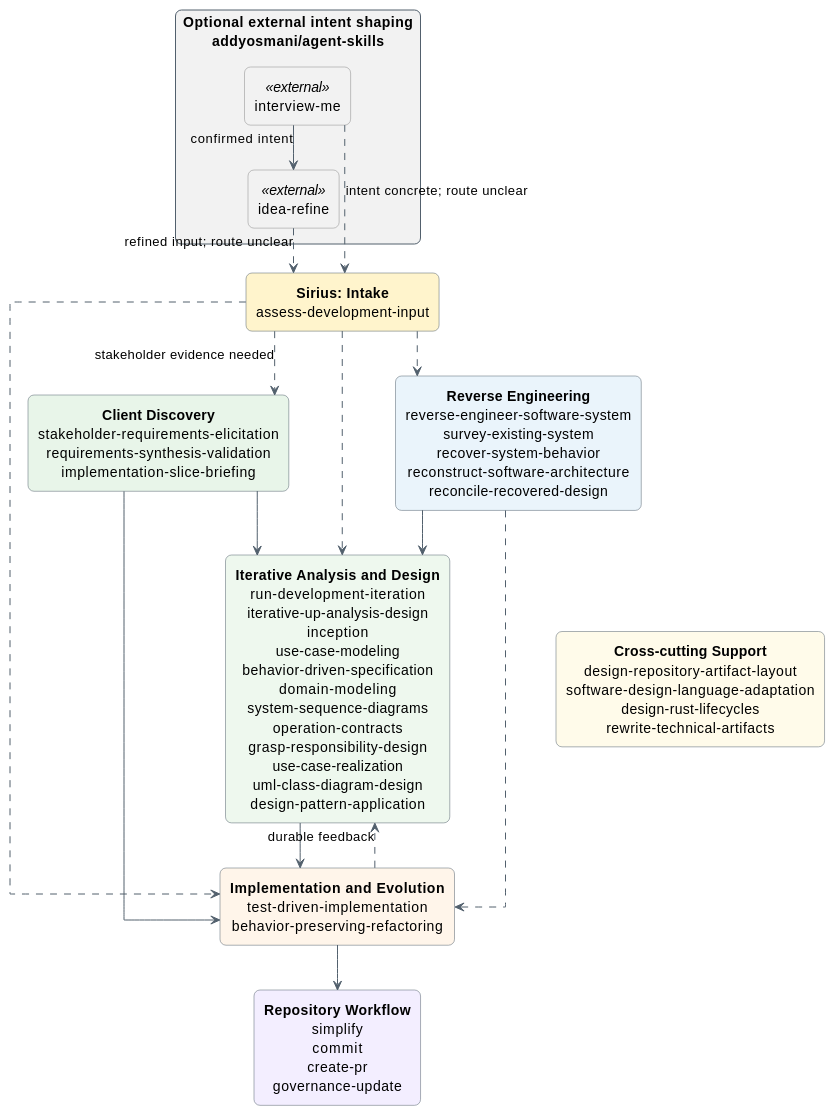
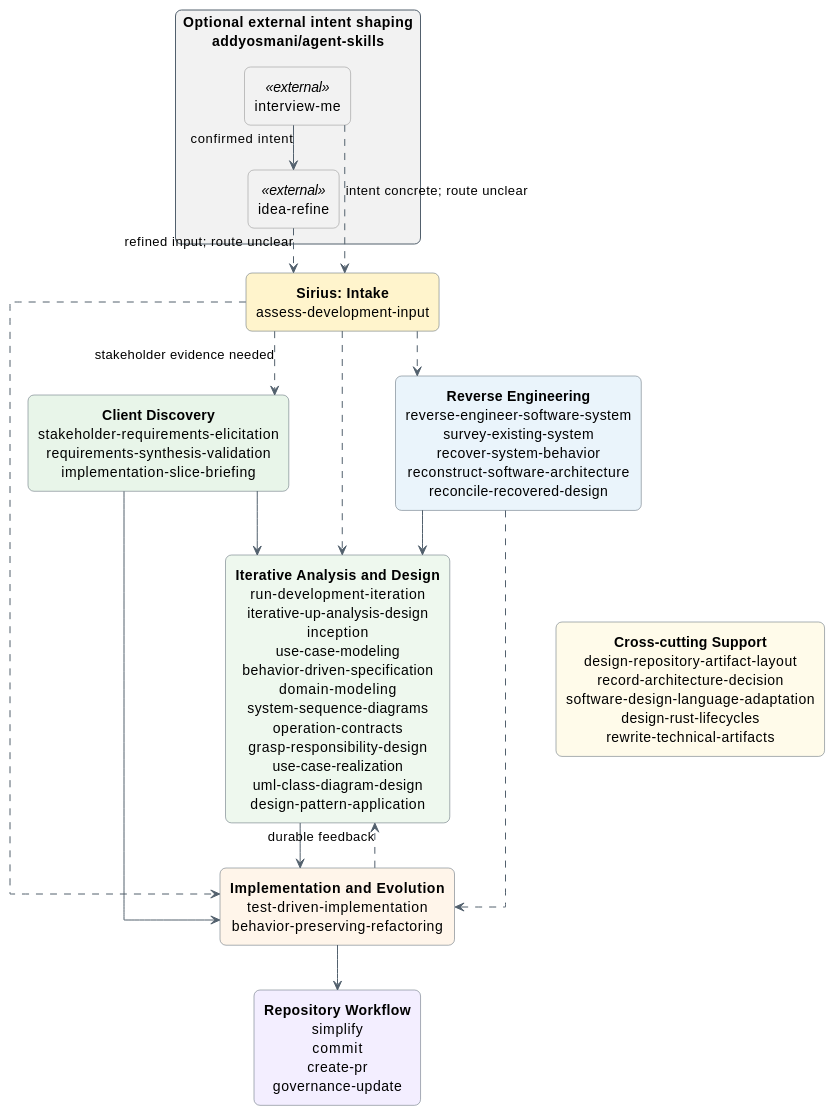
Before and after one commit to sirius-cc-wu/sirius-skills: the first of 5 diagrams in catalog/skill-relationships.md, drawn with PlantUML. The commit also changed other lines of this file and 26 other files, not shown here.

First line of the commit message:
skills: add architecture decision recording

````diff
--- a/catalog/skill-relationships.md
+++ b/catalog/skill-relationships.md
@@ -15,62 +15,62 @@
 ```plantuml
 @startuml sirius-skills-birds-eye
 top to bottom direction
 
 skinparam backgroundColor #FFFFFF
 skinparam shadowing false
 skinparam packageStyle rectangle
 skinparam linetype ortho
 skinparam defaultFontName Arial
 skinparam defaultTextAlignment center
 skinparam ArrowColor #52606D
 skinparam nodesep 35
 skinparam ranksep 45
 skinparam rectangle {
   BackgroundColor #FFFFFF
   BorderColor #52606D
   RoundCorner 12
 }
 skinparam rectangle<<external>> {
   BackgroundColor #F2F2F2
   BorderColor #888888
 }
 
 package "Optional external intent shaping\naddyosmani/agent-skills" as addy #F2F2F2 {
   rectangle "interview-me" as addyInterview <<external>>
   rectangle "idea-refine" as addyIdea <<external>>
 }
 
 rectangle "**Sirius: Intake**\nassess-development-input" as assess #FFF4CC
 
 rectangle "**Client Discovery**\nstakeholder-requirements-elicitation\nrequirements-synthesis-validation\nimplementation-slice-briefing" as discovery #E8F5E9
 
 rectangle "**Reverse Engineering**\nreverse-engineer-software-system\nsurvey-existing-system\nrecover-system-behavior\nreconstruct-software-architecture\nreconcile-recovered-design" as reverse #EAF4FB
 
 rectangle "**Iterative Analysis and Design**\nrun-development-iteration\niterative-up-analysis-design\ninception\nuse-case-modeling\nbehavior-driven-specification\ndomain-modeling\nsystem-sequence-diagrams\noperation-contracts\ngrasp-responsibility-design\nuse-case-realization\numl-class-diagram-design\ndesign-pattern-application" as design #EEF8EE
 
 rectangle "**Implementation and Evolution**\ntest-driven-implementation\nbehavior-preserving-refactoring" as implementation #FFF5EA
 
 rectangle "**Repository Workflow**\nsimplify\ncommit\ncreate-pr\ngovernance-update" as repository #F3EEFF
 
-rectangle "**Cross-cutting Support**\ndesign-repository-artifact-layout\nsoftware-design-language-adaptation\ndesign-rust-lifecycles\nrewrite-technical-artifacts" as support #FFFBEA
+rectangle "**Cross-cutting Support**\ndesign-repository-artifact-layout\nrecord-architecture-decision\nsoftware-design-language-adaptation\ndesign-rust-lifecycles\nrewrite-technical-artifacts" as support #FFFBEA
 
 assess -[hidden]right-> discovery
 discovery -[hidden]right-> reverse
 design -[hidden]right-> support
 
 addyInterview --> addyIdea : confirmed intent
 addyIdea ..> assess : refined input; route unclear
 addyInterview ..> assess : intent concrete; route unclear
 assess ..> discovery : stakeholder evidence needed
 assess ..> reverse
 assess ..> design
 assess ..> implementation
 discovery --> design
 discovery --> implementation
 reverse --> design
 reverse ..> implementation
 design --> implementation
 implementation ..> design : durable feedback
 implementation --> repository
 @enduml
 ```
````
